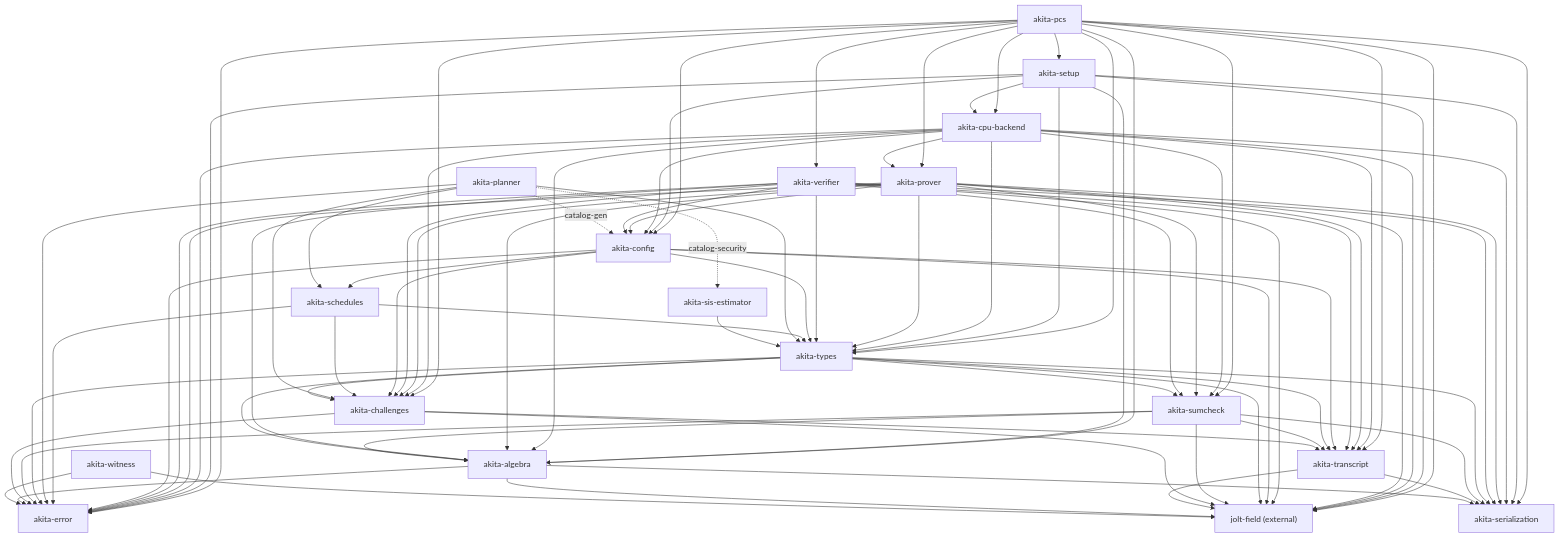
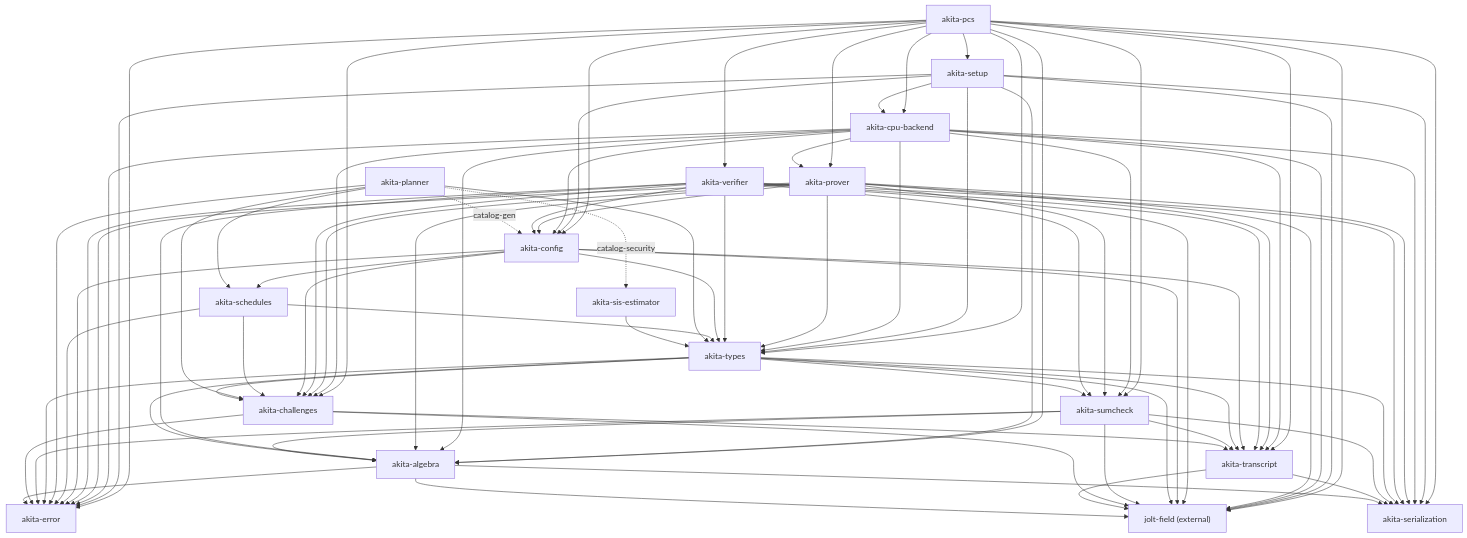
Before and after one commit to LayerZero-Labs/akita: the diagram in docs/crate-graph.md, drawn with Mermaid. The commit also changed other lines of this file and 71 other files, not shown here.

First line of the commit message:
refactor!: prune unreachable production code and akita-witness

```diff
--- a/docs/crate-graph.md
+++ b/docs/crate-graph.md
@@ -39,7 +38,6 @@
   Error["akita-error"]
   Ser["akita-serialization"]
   Field["jolt-field (external)"]
-  Witness["akita-witness"]
   Algebra["akita-algebra"]
   Transcript["akita-transcript"]
   Challenges["akita-challenges"]
@@ -55,8 +53,6 @@
   Setup["akita-setup"]
   Pcs["akita-pcs"]
 
-  Witness --> Error
-  Witness --> Field
   Algebra --> Error
   Algebra --> Field
   Algebra --> Ser
```
